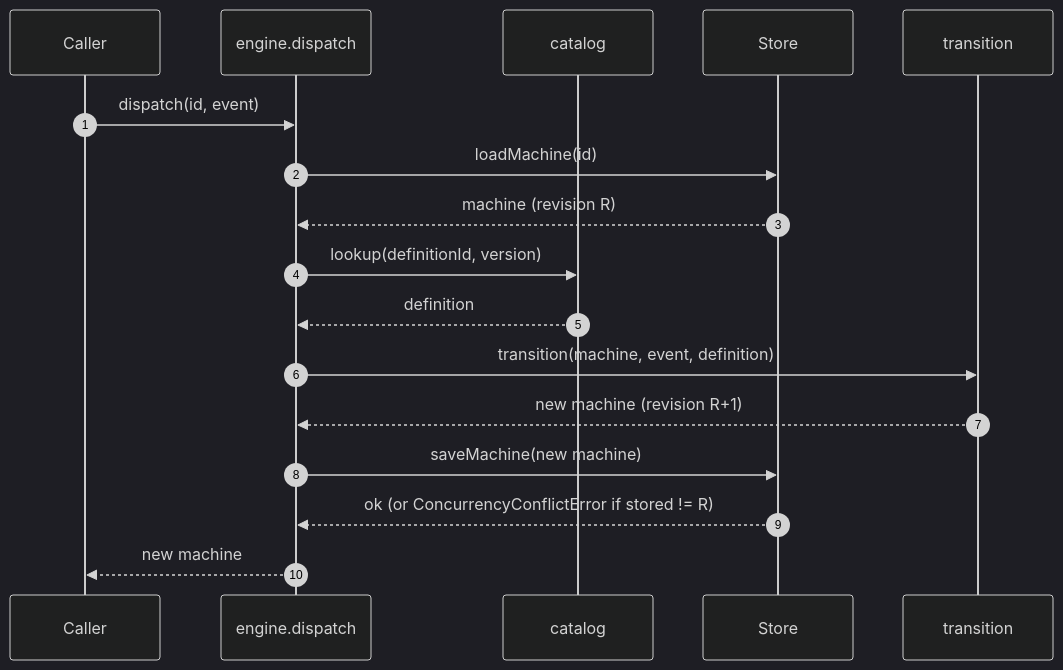
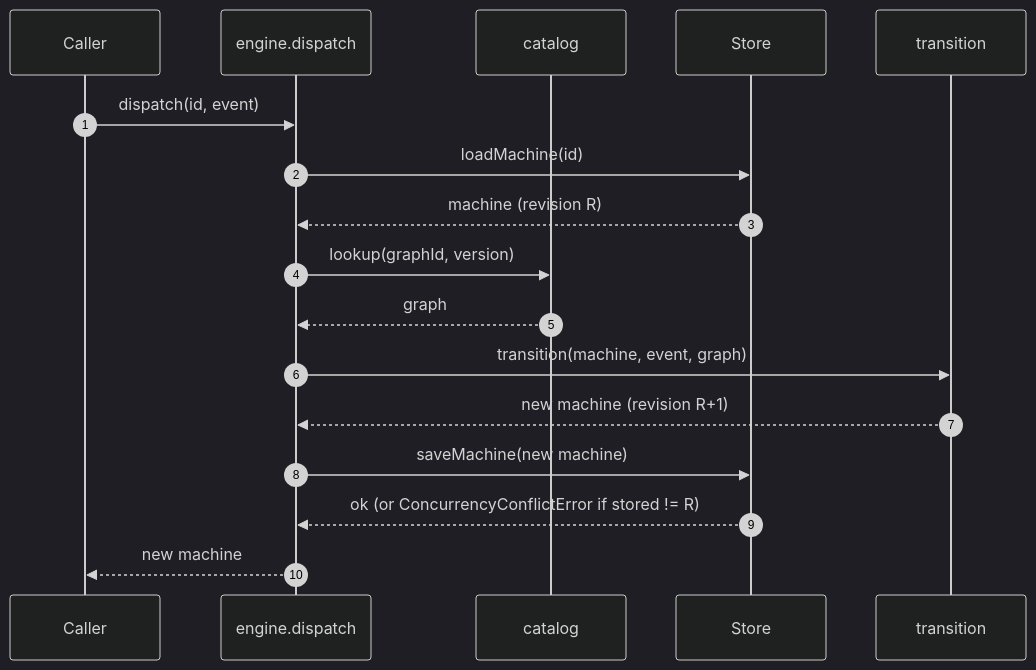
One commit to foreman-lab/handbook changed the second of 3 diagrams in architecture.md. Above: the diagram before and after it, drawn with Mermaid (dark theme). The commit also changed other lines of this file, not shown here.

First line of the commit message:
docs(arch): rename MachineDefinition → Graph (#9)

````diff
--- a/architecture.md
+++ b/architecture.md
@@ -309,20 +309,20 @@
 ```mermaid
 sequenceDiagram
     autonumber
     participant C as Caller
     participant E as engine.dispatch
     participant Cat as catalog
     participant S as Store
     participant Dom as transition
 
     C->>E: dispatch(id, event)
     E->>S: loadMachine(id)
     S-->>E: machine (revision R)
-    E->>Cat: lookup(definitionId, version)
-    Cat-->>E: definition
-    E->>Dom: transition(machine, event, definition)
+    E->>Cat: lookup(graphId, version)
+    Cat-->>E: graph
+    E->>Dom: transition(machine, event, graph)
     Dom-->>E: new machine (revision R+1)
     E->>S: saveMachine(new machine)
     S-->>E: ok (or ConcurrencyConflictError if stored != R)
     E-->>C: new machine
 ```
````
